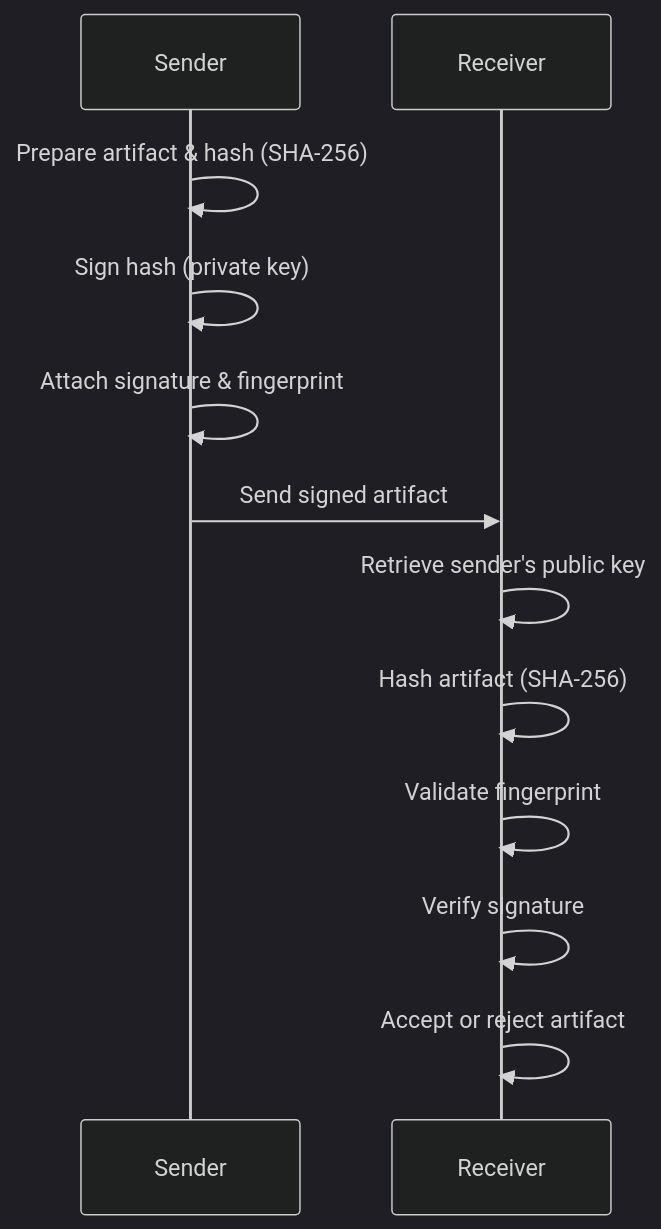
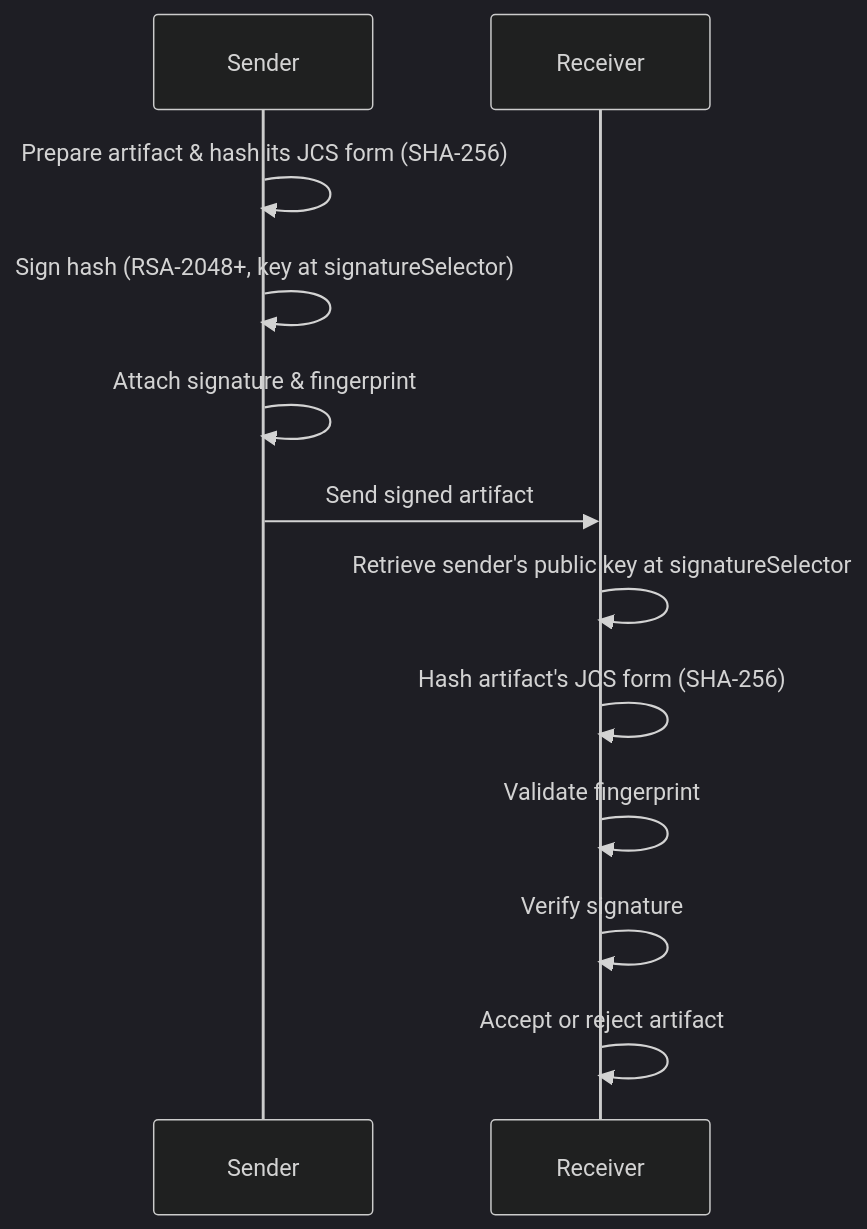
One commit to openbtps/btps-node changed the diagram in docs/docusaurus/docs/protocol/security/signature.md. Above: the diagram before and after it, drawn with Mermaid (dark theme). The commit also changed other lines of this file and 40 other files, not shown here.

````diff
--- a/docs/docusaurus/docs/protocol/security/signature.md
+++ b/docs/docusaurus/docs/protocol/security/signature.md
@@ -59,14 +59,14 @@
 ```mermaid
 sequenceDiagram
     participant Sender
     participant Receiver
-    Sender->>Sender: Prepare artifact & hash (SHA-256)
-    Sender->>Sender: Sign hash (private key)
+    Sender->>Sender: Prepare artifact & hash its JCS form (SHA-256)
+    Sender->>Sender: Sign hash (RSA-2048+, key at signatureSelector)
     Sender->>Sender: Attach signature & fingerprint
     Sender->>Receiver: Send signed artifact
-    Receiver->>Receiver: Retrieve sender's public key
-    Receiver->>Receiver: Hash artifact (SHA-256)
+    Receiver->>Receiver: Retrieve sender's public key at signatureSelector
+    Receiver->>Receiver: Hash artifact's JCS form (SHA-256)
     Receiver->>Receiver: Validate fingerprint
     Receiver->>Receiver: Verify signature
     Receiver->>Receiver: Accept or reject artifact
 ```
````
